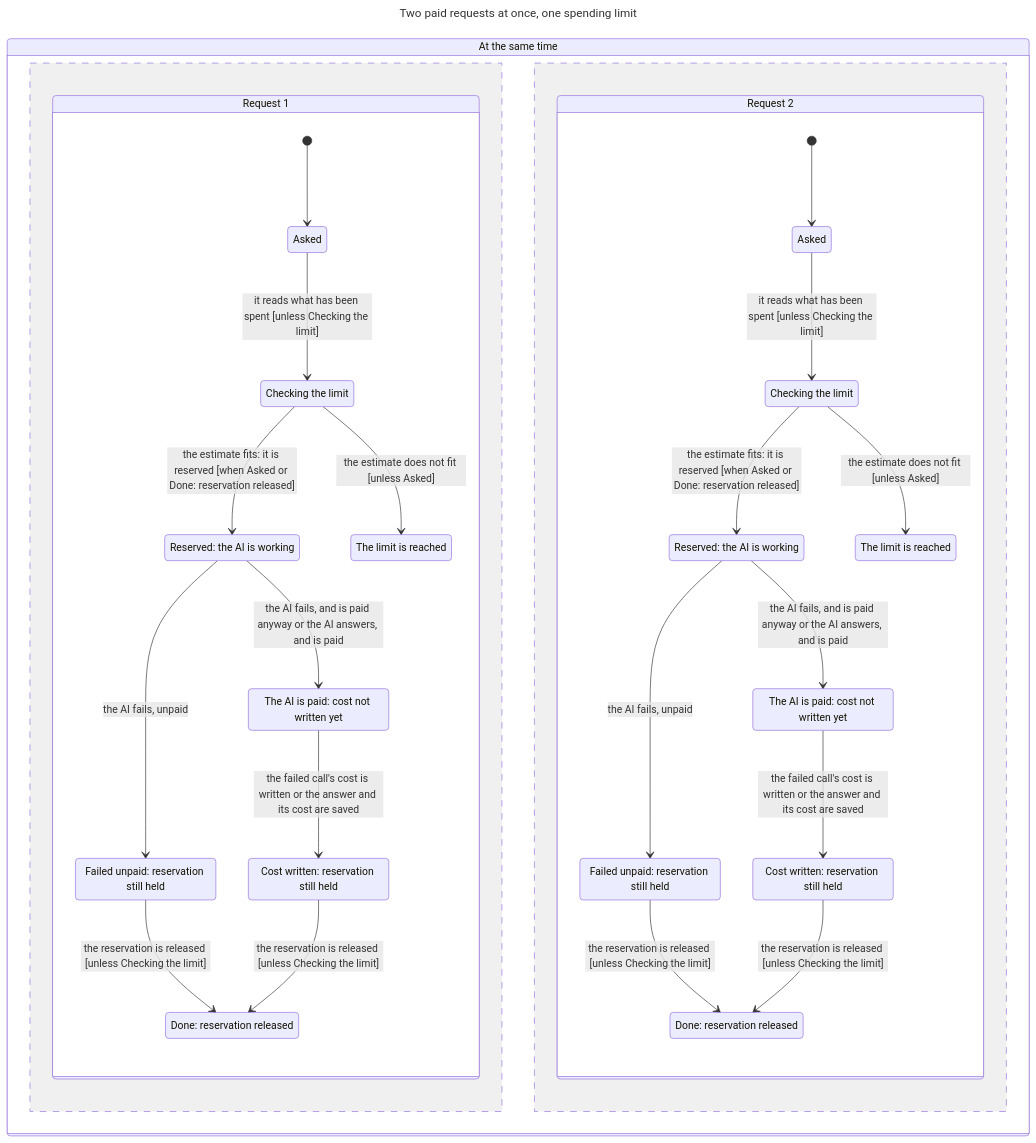
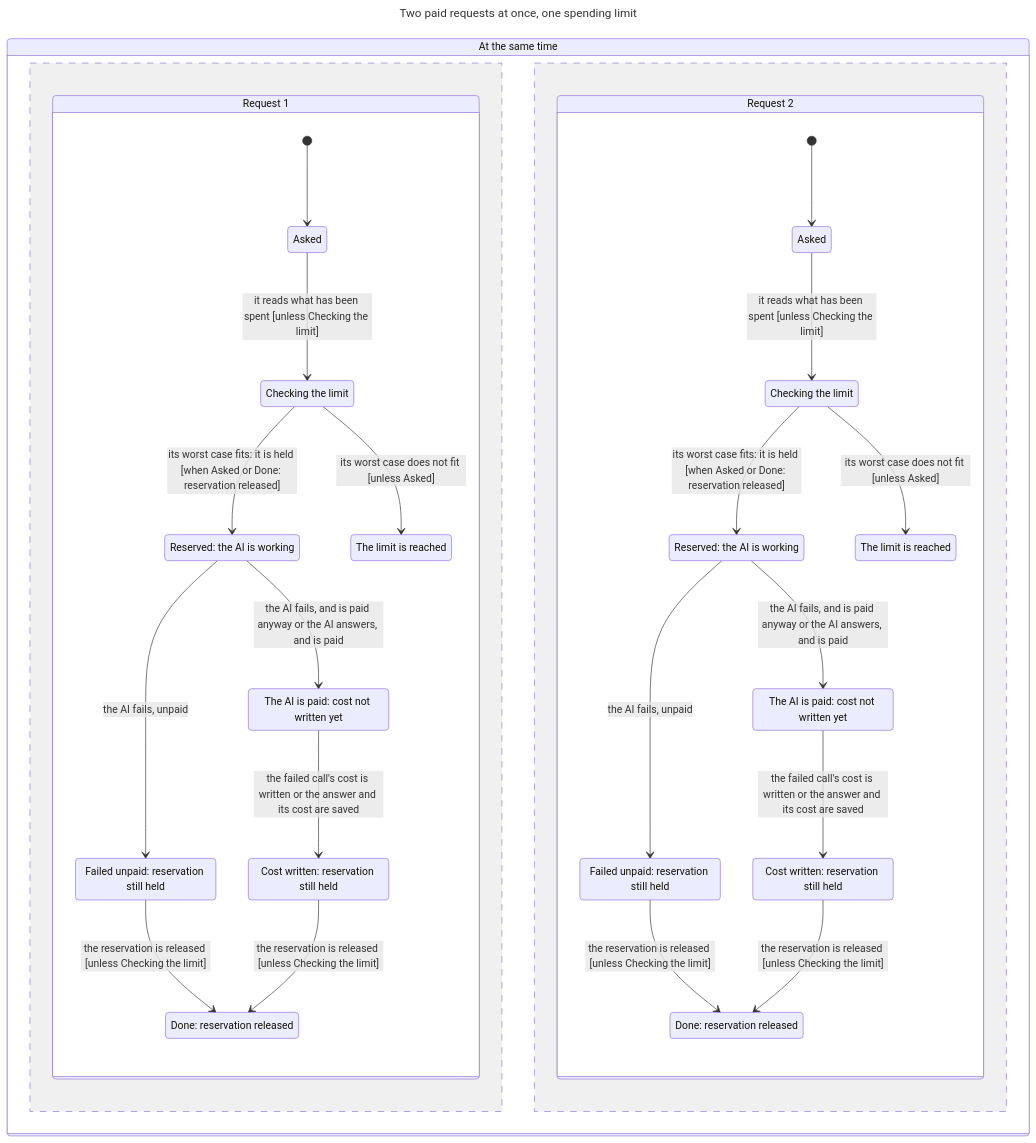
Before and after one commit to agenticghx/neolibrary: the diagram in .claude/skills/verify-spending/concurrent-paid-calls.mmd, drawn with Mermaid. The commit also changed 49 other files, not shown here.

```diff
--- a/.claude/skills/verify-spending/concurrent-paid-calls.mmd
+++ b/.claude/skills/verify-spending/concurrent-paid-calls.mmd
@@ -1,46 +1,46 @@
 ---
 title: "Two paid requests at once, one spending limit"
 ---
 stateDiagram-v2
   direction LR
   state "At the same time" as all {
     state "Request 1" as r0 {
       s0: Asked
       s1: Checking the limit
       s2: Reserved: the AI is working
       s3: The AI is paid: cost not written yet
       s4: Failed unpaid: reservation still held
       s5: Done: reservation released
       s6: Cost written: reservation still held
       s7: The limit is reached
       [*] --> s0
       s0 --> s1: it reads what has been spent [unless Checking the limit]
-      s1 --> s2: the estimate fits: it is reserved [when Asked or Done: reservation released]
+      s1 --> s2: its worst case fits: it is held [when Asked or Done: reservation released]
       s2 --> s3: the AI fails, and is paid anyway or the AI answers, and is paid
       s2 --> s4: the AI fails, unpaid
       s3 --> s6: the failed call's cost is written or the answer and its cost are saved
       s4 --> s5: the reservation is released [unless Checking the limit]
       s6 --> s5: the reservation is released [unless Checking the limit]
-      s1 --> s7: the estimate does not fit [unless Asked]
+      s1 --> s7: its worst case does not fit [unless Asked]
     }
     --
     state "Request 2" as r1 {
       s8: Asked
       s9: Checking the limit
       s10: Reserved: the AI is working
       s11: The AI is paid: cost not written yet
       s12: Failed unpaid: reservation still held
       s13: Done: reservation released
       s14: Cost written: reservation still held
       s15: The limit is reached
       [*] --> s8
       s8 --> s9: it reads what has been spent [unless Checking the limit]
-      s9 --> s10: the estimate fits: it is reserved [when Asked or Done: reservation released]
+      s9 --> s10: its worst case fits: it is held [when Asked or Done: reservation released]
       s10 --> s11: the AI fails, and is paid anyway or the AI answers, and is paid
       s10 --> s12: the AI fails, unpaid
       s11 --> s14: the failed call's cost is written or the answer and its cost are saved
       s12 --> s13: the reservation is released [unless Checking the limit]
       s14 --> s13: the reservation is released [unless Checking the limit]
-      s9 --> s15: the estimate does not fit [unless Asked]
+      s9 --> s15: its worst case does not fit [unless Asked]
     }
   }
```
